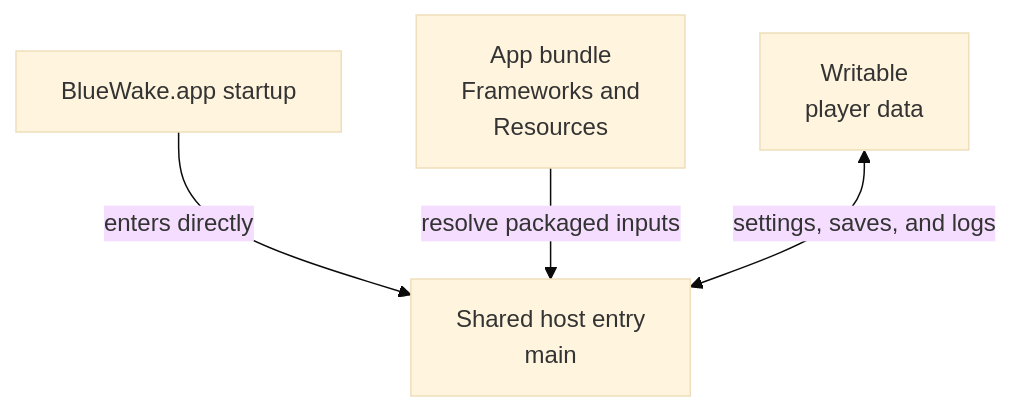
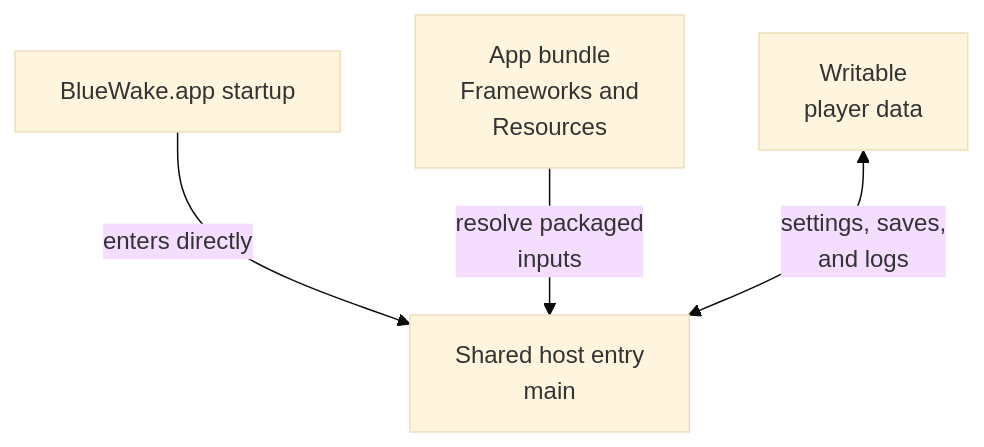
The sixth of 9 diagrams in docs/architecture/Host.md (Aelbannan/boat_of_daphnes), drawn with Mermaid (base theme) before and after one commit. The commit also changed other lines of this file and 7 other files, not shown here.

Commit message:
Wrap Mermaid diagram labels

````diff
--- a/docs/architecture/Host.md
+++ b/docs/architecture/Host.md
@@ -186,15 +186,15 @@
 ```mermaid
 flowchart TD
     Start["BlueWake.app startup"]
     Host["`Shared host entry
 main`"]
     Bundle["`App bundle
 Frameworks and
 Resources`"]
     Storage["`Writable
 player data`"]
 
     Start -->|"enters directly"| Host
-    Bundle -->|"resolve packaged inputs"| Host
-    Storage <-->|"settings, saves, and logs"| Host
+    Bundle -->|"resolve packaged<br/>inputs"| Host
+    Storage <-->|"settings, saves,<br/>and logs"| Host
 ```
````
